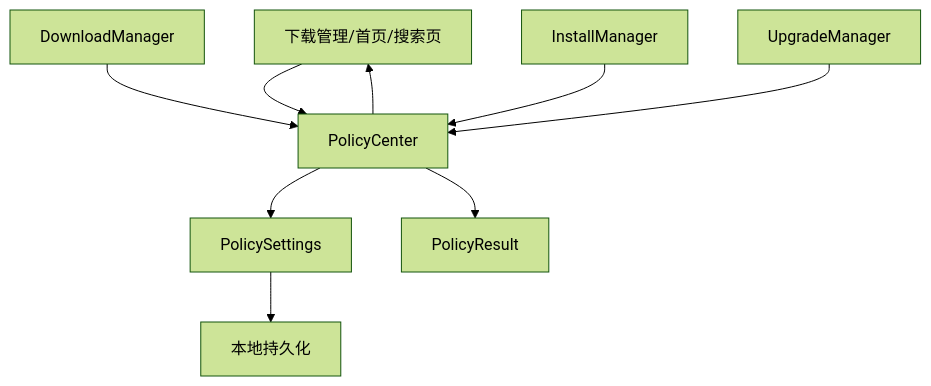
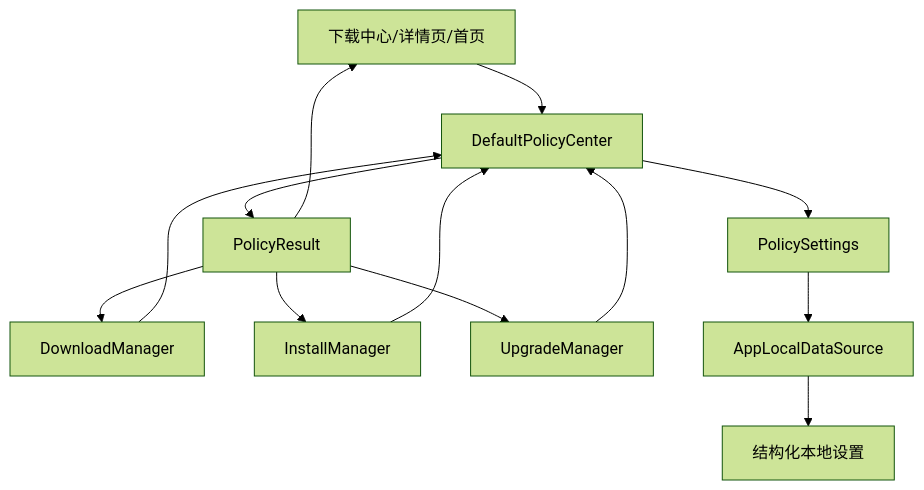
Before and after one commit to XZQ/CarAppStore: the first of 4 diagrams in docs/13-策略中心架构与流程.md, drawn with Mermaid (forest theme). The commit also changed other lines of this file and 35 other files, not shown here.

Commit message:
Docs: reorganize architecture docs and handoff guide

````diff
--- a/docs/13-策略中心架构与流程.md
+++ b/docs/13-策略中心架构与流程.md
@@ -25,14 +33,18 @@
 ```mermaid
 flowchart TD
 
-UI[下载管理/首页/搜索页] --> PC[PolicyCenter]
+UI[下载中心/详情页/首页] --> PC[DefaultPolicyCenter]
 DM[DownloadManager] --> PC
 IM[InstallManager] --> PC
 UM[UpgradeManager] --> PC
 
 PC --> SETTINGS[PolicySettings]
+SETTINGS --> LOCAL[AppLocalDataSource]
+LOCAL --> STORE[结构化本地设置]
+
 PC --> RESULT[PolicyResult]
-
-SETTINGS --> STORE[本地持久化]
-PC --> UI
+RESULT --> UI
+RESULT --> DM
+RESULT --> IM
+RESULT --> UM
 ```
````
